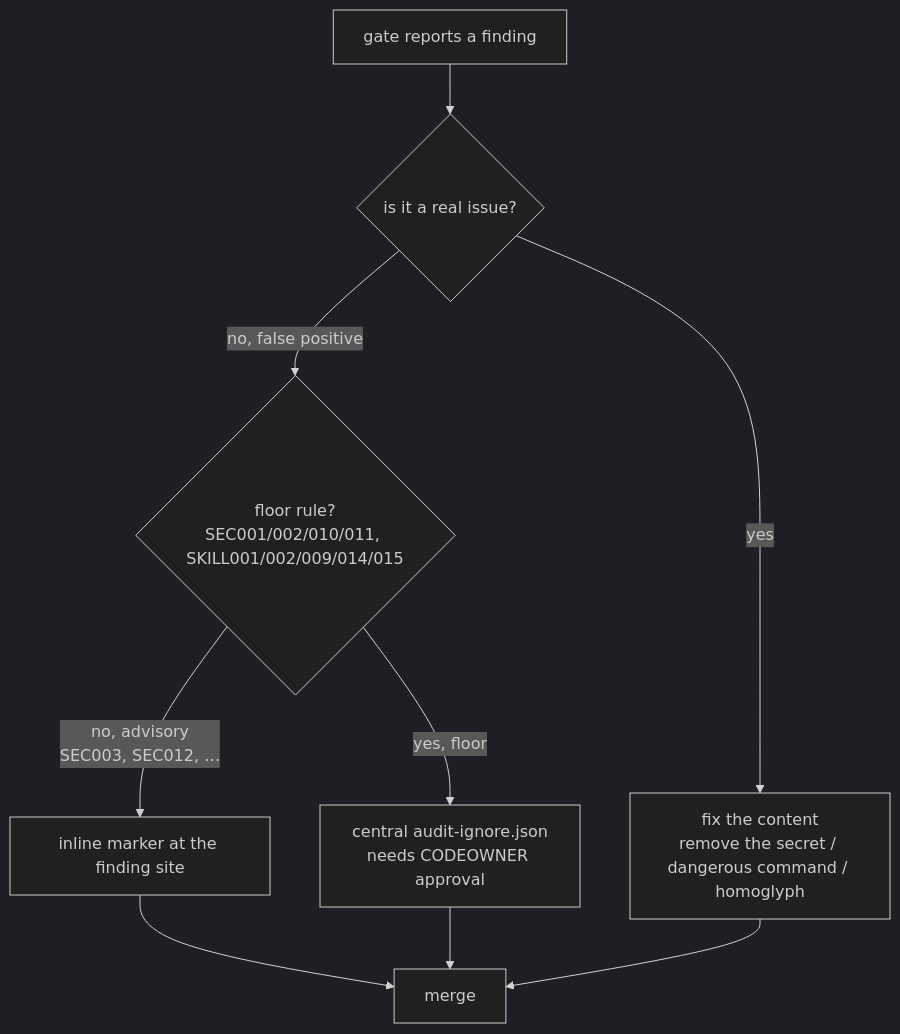
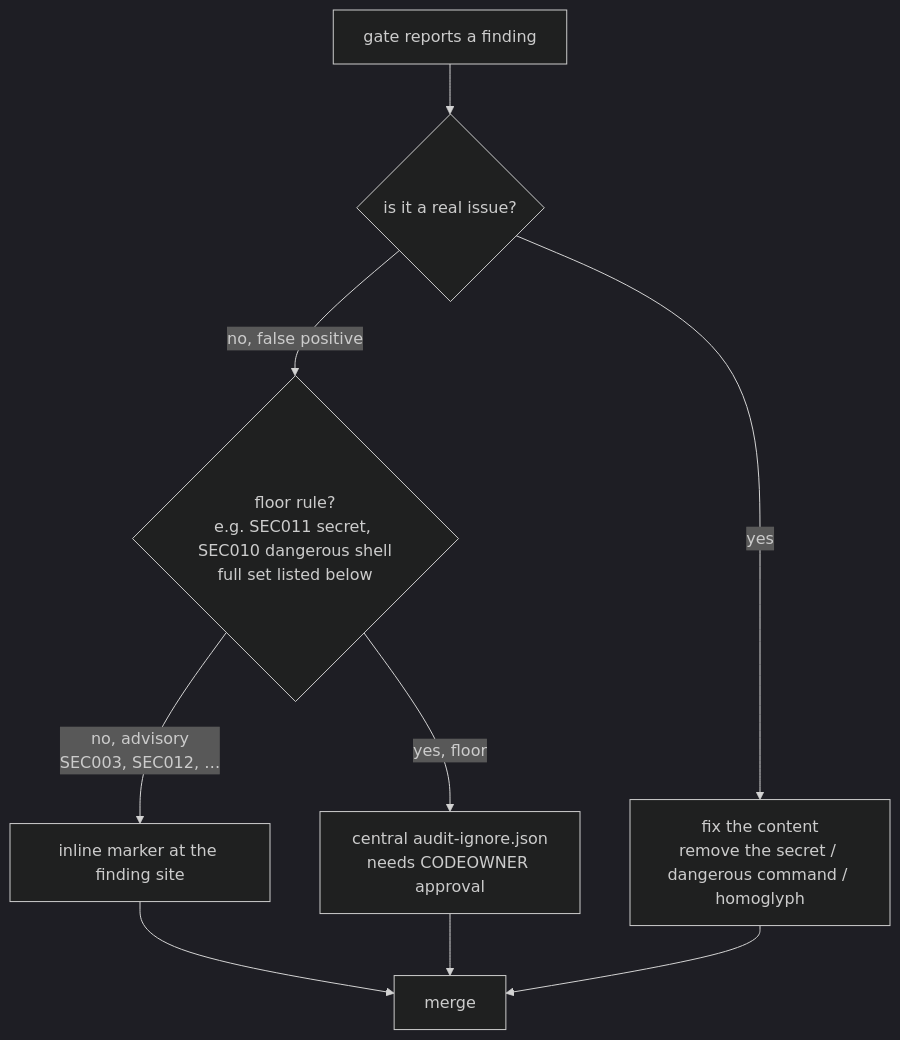
The diagram in docs/security-suppression-runbook.md (artemrudenko/skill-governance-toolkit), drawn with Mermaid (dark theme) before and after one commit. The commit also changed other lines of this file and 9 other files, not shown here.

````diff
--- a/docs/security-suppression-runbook.md
+++ b/docs/security-suppression-runbook.md
@@ -9,11 +9,11 @@
 ```mermaid
 flowchart TD
     A[gate reports a finding] --> B{is it a real issue?}
     B -->|yes| C[fix the content<br/>remove the secret / dangerous command / homoglyph]
-    B -->|no, false positive| D{floor rule?<br/>SEC001/002/010/011, SKILL001/002/009/014/015}
+    B -->|no, false positive| D{floor rule?<br/>e.g. SEC011 secret, SEC010 dangerous shell<br/>full set listed below}
     D -->|no, advisory<br/>SEC003, SEC012, …| E[inline marker at the finding site]
     D -->|yes, floor| F[central audit-ignore.json<br/>needs CODEOWNER approval]
     E --> G[merge]
     F --> G
     C --> G
 ```
````
